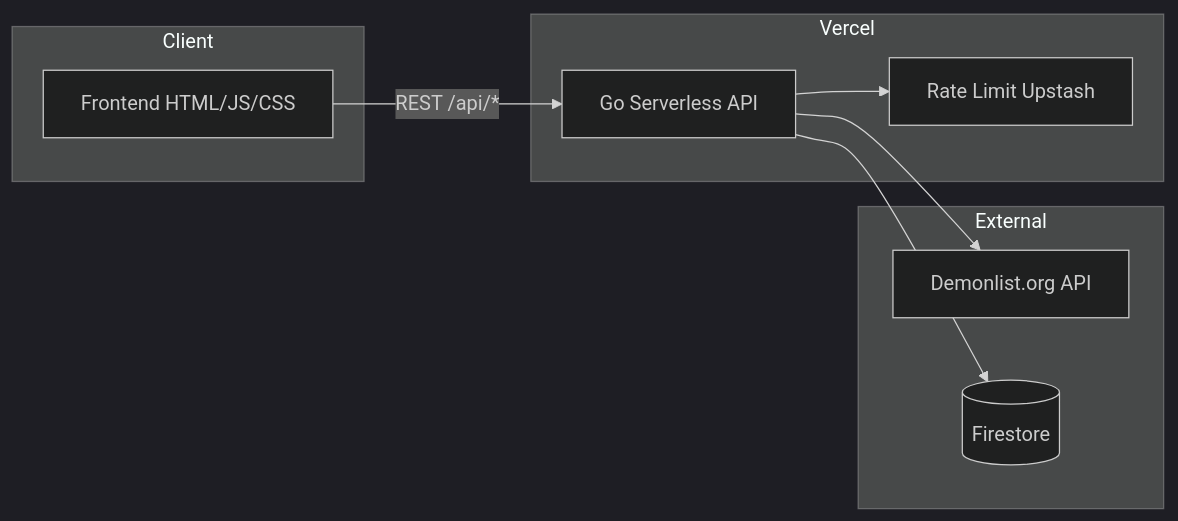
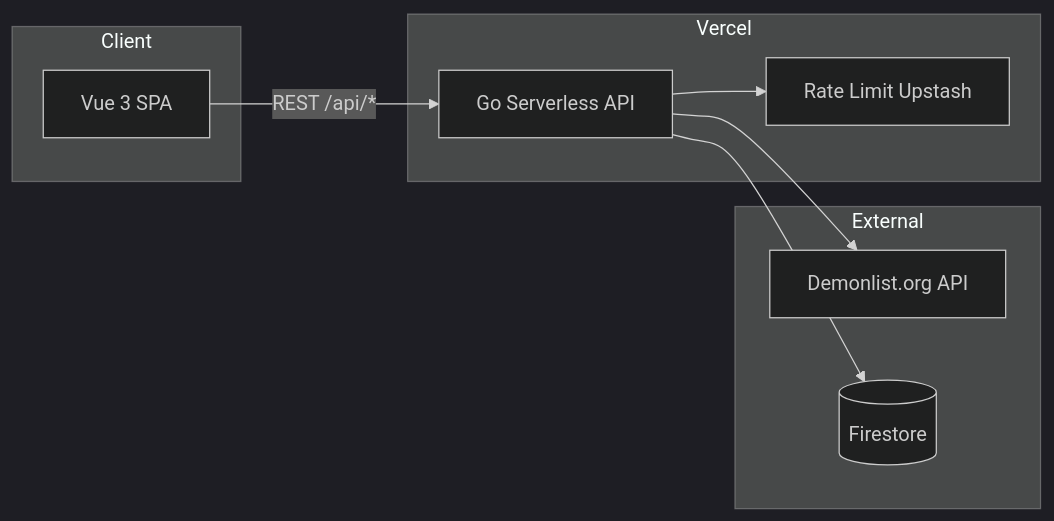
Before and after one commit to Rimix98/SMLT-Leaderboard: the diagram in README.md, drawn with Mermaid (dark theme). The commit also changed other lines of this file, not shown here.

Commit message:
Обновлена документация: Vue 3, стафф-страница, актуальные контакты

````diff
--- a/README.md
+++ b/README.md
@@ -103,21 +113,21 @@
 ```mermaid
 flowchart LR
   subgraph Client
-    UI[Frontend HTML/JS/CSS]
+    UI[Vue 3 SPA]
   end
 
   subgraph Vercel
     API[Go Serverless API]
     RL[Rate Limit Upstash]
   end
 
   subgraph External
     DL[Demonlist.org API]
     FS[(Firestore)]
   end
 
   UI -->|REST /api/*| API
   API --> RL
   API --> FS
   API --> DL
 ```
````
